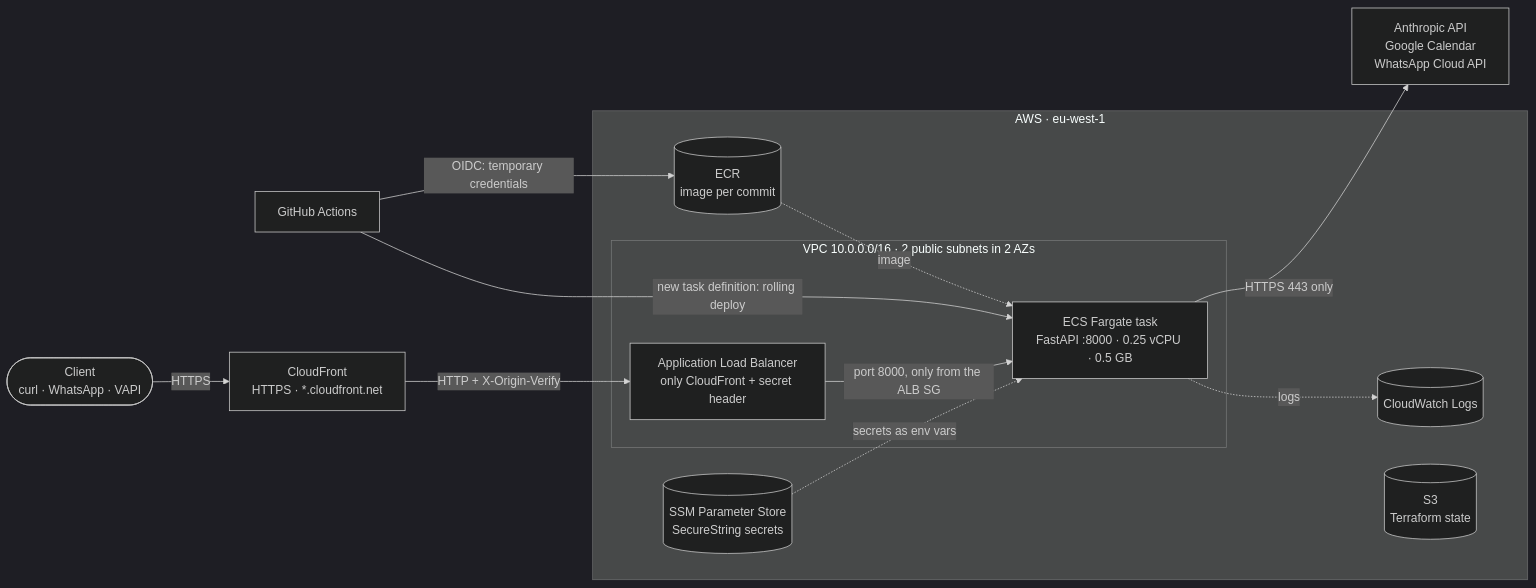
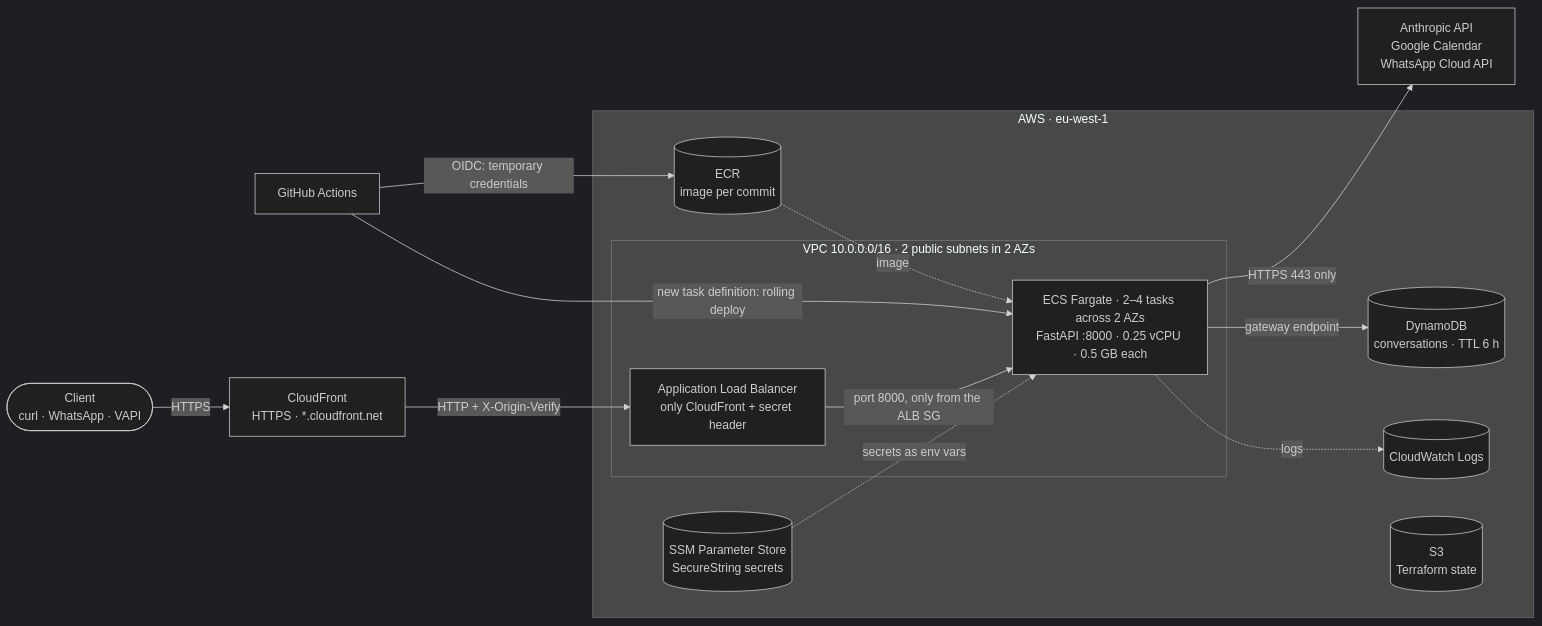
One commit to ericvelascog/booking-bot-aws changed the diagram in README.md. Above: the diagram before and after it, drawn with Mermaid (dark theme). The commit also changed other lines of this file and 6 other files, not shown here.

Commit message:
Run two tasks across two AZs with request-based autoscaling, and document the stateless design

````diff
--- a/README.md
+++ b/README.md
@@ -24,29 +24,31 @@
 ```mermaid
 flowchart LR
     client(["Client<br/>curl · WhatsApp · VAPI"])
     ext["Anthropic API<br/>Google Calendar<br/>WhatsApp Cloud API"]
     gh["GitHub Actions"]
 
     cf["CloudFront<br/>HTTPS · *.cloudfront.net"]
 
     subgraph aws["AWS · eu-west-1"]
         subgraph vpc["VPC 10.0.0.0/16 · 2 public subnets in 2 AZs"]
             alb["Application Load Balancer<br/>only CloudFront + secret header"]
-            task["ECS Fargate task<br/>FastAPI :8000 · 0.25 vCPU · 0.5 GB"]
+            task["ECS Fargate · 2–4 tasks across 2 AZs<br/>FastAPI :8000 · 0.25 vCPU · 0.5 GB each"]
         end
+        ddb[("DynamoDB<br/>conversations · TTL 6 h")]
         ecr[("ECR<br/>image per commit")]
         ssm[("SSM Parameter Store<br/>SecureString secrets")]
         cw[("CloudWatch Logs")]
         s3[("S3<br/>Terraform state")]
     end
 
     client -->|HTTPS| cf
     cf -->|"HTTP + X-Origin-Verify"| alb
     alb -->|"port 8000, only from the ALB SG"| task
     task -->|"HTTPS 443 only"| ext
+    task -->|"gateway endpoint"| ddb
     ecr -.->|image| task
     ssm -.->|"secrets as env vars"| task
     task -.->|logs| cw
     gh -->|"OIDC: temporary credentials"| ecr
     gh -->|"new task definition: rolling deploy"| task
 ```
````
